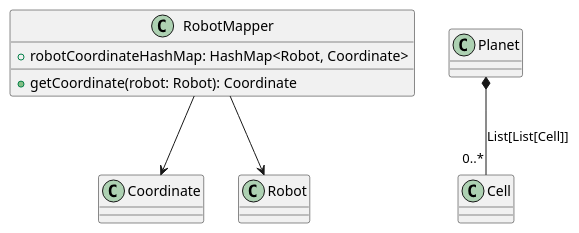
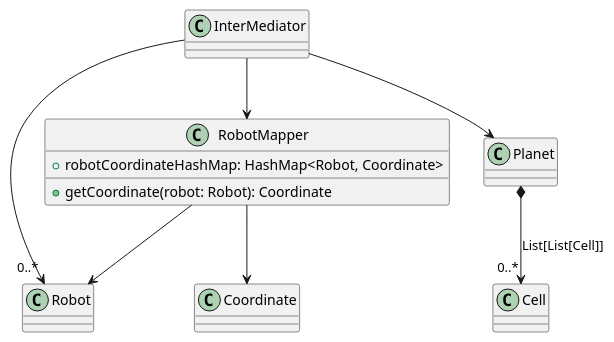
Before and after one commit to LEBOCQTitouan/ia-ensicaen-colonisation: the diagram in uml/class diagram/model/Geography.puml, drawn with PlantUML. The commit also changed 1 other file, not shown here.

```diff
--- a/uml/class diagram/model/Geography.puml
+++ b/uml/class diagram/model/Geography.puml
@@ -1,19 +1,24 @@
 @startuml
 'https://plantuml.com/class-diagram
 
-Class Coordinate {}
-Class Robot {}
-Class RobotMapper {
+class Coordinate {}
+class Robot {}
+class RobotMapper {
     + robotCoordinateHashMap: HashMap<Robot, Coordinate>
     + getCoordinate(robot: Robot): Coordinate
 }
+class InterMediator
+
+InterMediator --> RobotMapper
+InterMediator -> "0..*" Robot
+InterMediator --> Planet
 
 RobotMapper --> Robot
 RobotMapper --> Coordinate
 
-Class Planet {}
-Class Cell {}
+class Planet {}
+class Cell {}
 
-Planet *-- "0..*" Cell : List[List[Cell]]
+Planet *--> "0..*" Cell : List[List[Cell]]
 
 @enduml
```
